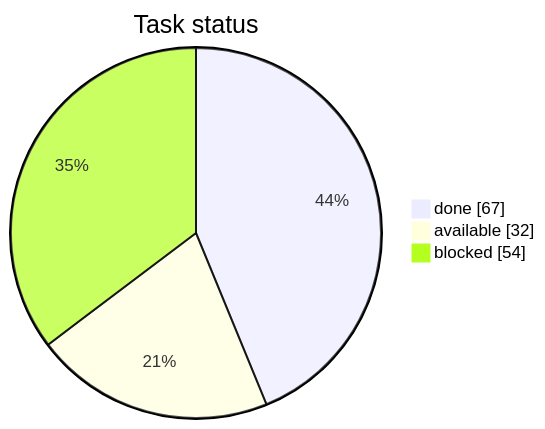
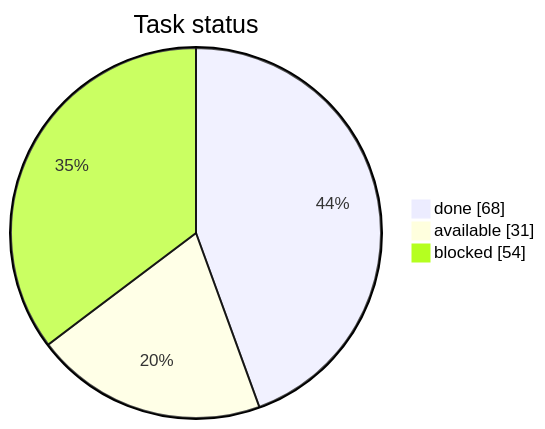
The first of 3 diagrams in STATUS.md (artemiiShabanov/RallyRivals), drawn with Mermaid before and after one commit. The commit also changed other lines of this file and 9 other files, not shown here.

````diff
--- a/STATUS.md
+++ b/STATUS.md
@@ -7,7 +7,7 @@
 ```mermaid
 pie showData
     title Task status
-    "done" : 67
-    "available" : 32
+    "done" : 68
+    "available" : 31
     "blocked" : 54
 ```
````
